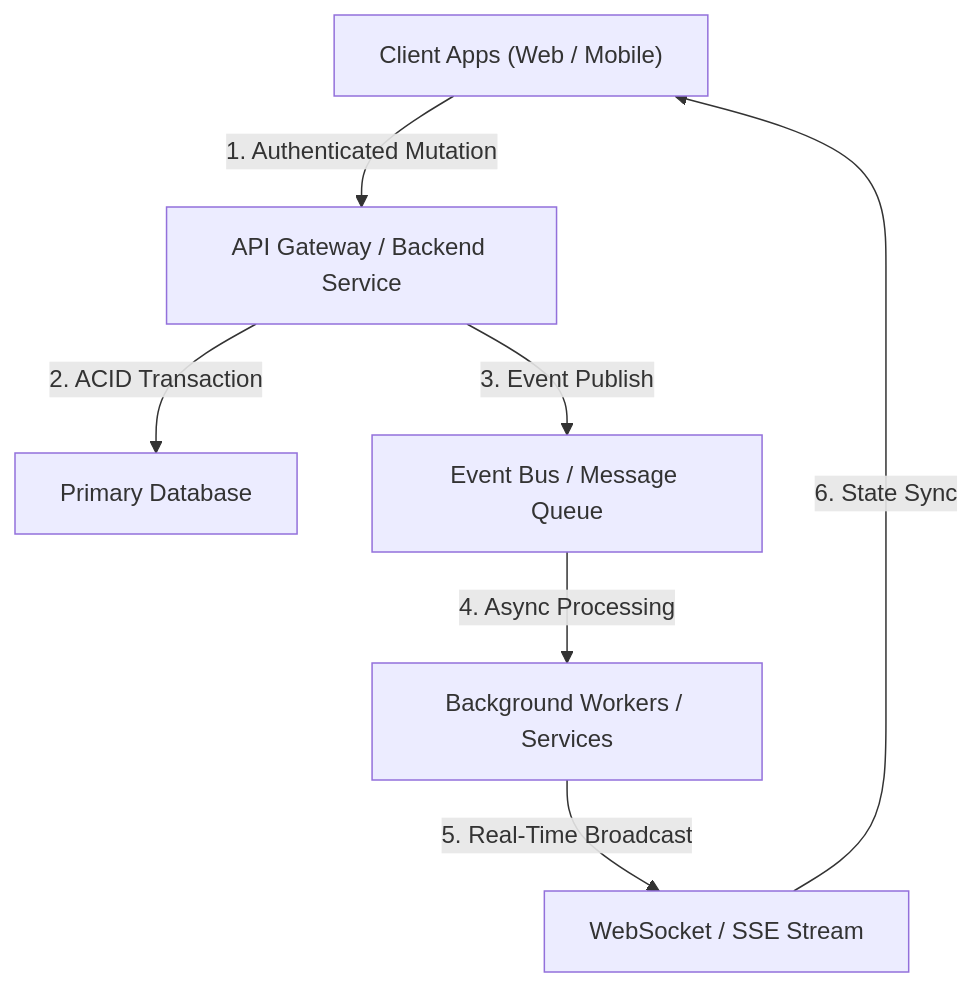
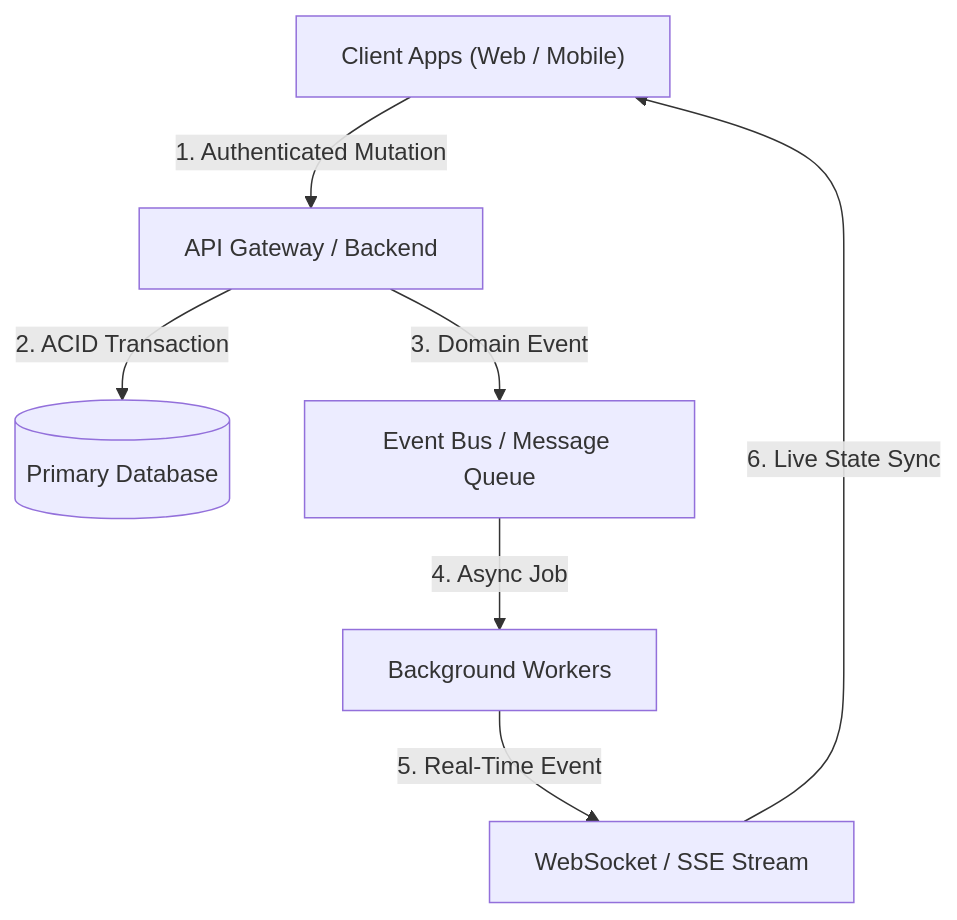
One commit to NastaFour/skillsGV changed the second of 2 diagrams in 01-planning-process/application-workflow/SKILL.md. Above: the diagram before and after it, drawn with Mermaid. The commit also changed other lines of this file and 8 other files, not shown here.

Commit message:
refactor(domain): decontaminate project-specific couplings across backend and planning skills (WU-4)

````diff
--- a/01-planning-process/application-workflow/SKILL.md
+++ b/01-planning-process/application-workflow/SKILL.md
@@ -17,9 +43,9 @@
 ```mermaid
 flowchart TD
-    A["Client Apps (Web / Mobile)"] -->|1. Authenticated Mutation| B["API Gateway / Backend Service"]
-    B -->|2. ACID Transaction| C["Primary Database"]
-    B -->|3. Event Publish| D["Event Bus / Message Queue"]
-    D -->|4. Async Processing| E["Background Workers / Services"]
-    E -->|5. Real-Time Broadcast| F["WebSocket / SSE Stream"]
-    F -->|6. State Sync| A
+    A["Client Apps (Web / Mobile)"] -->|1. Authenticated Mutation| B["API Gateway / Backend"]
+    B -->|2. ACID Transaction| C[("Primary Database")]
+    B -->|3. Domain Event| D["Event Bus / Message Queue"]
+    D -->|4. Async Job| E["Background Workers"]
+    E -->|5. Real-Time Event| F["WebSocket / SSE Stream"]
+    F -->|6. Live State Sync| A
 ```
````
